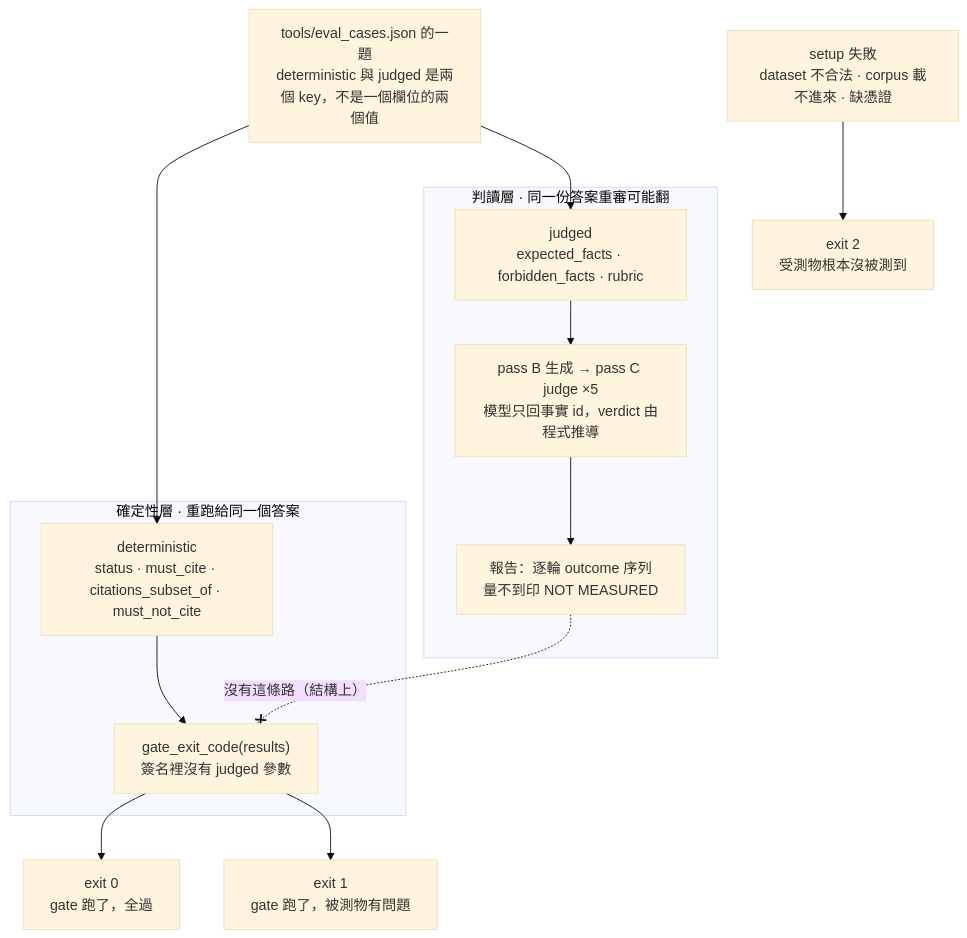
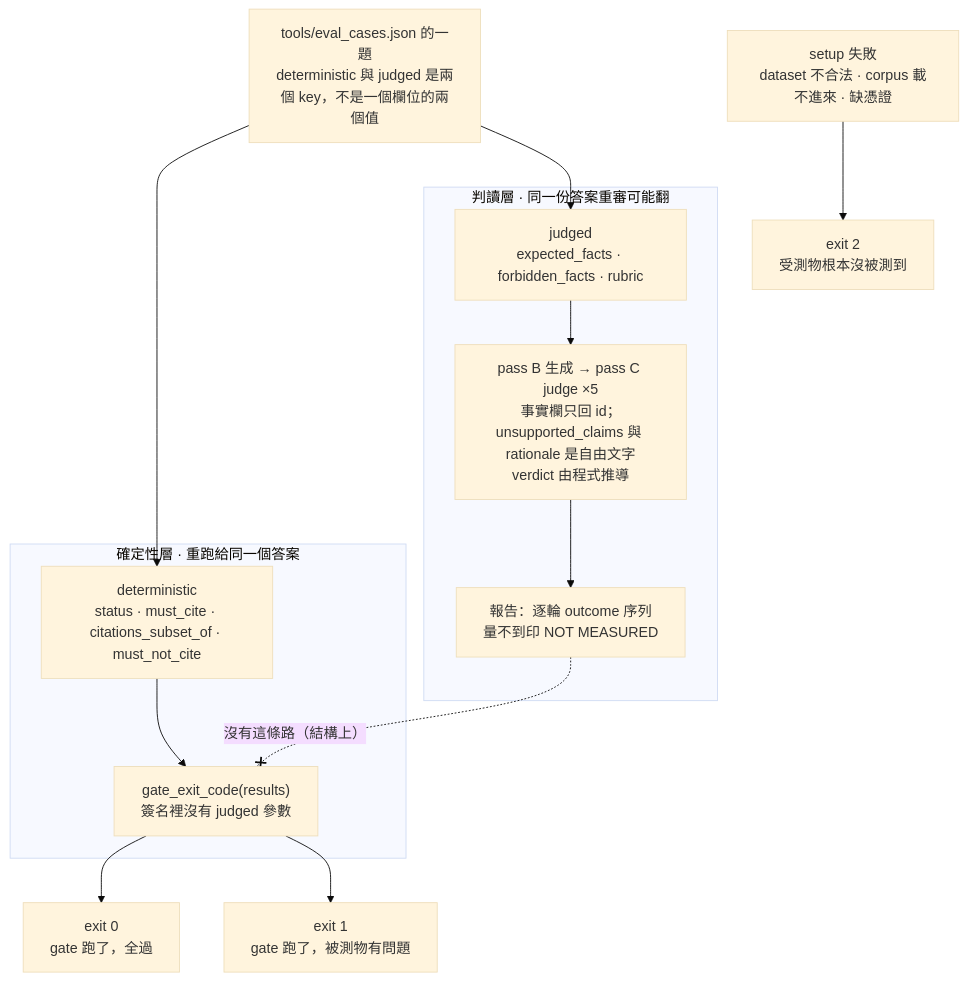
One commit to kehao-playground/azure-genai-backend-lab changed the diagram in docs/diagrams/eval-two-layers.zh-tw.mmd. Above: the diagram before and after it, drawn with Mermaid (base theme). The commit also changed 5 other files, not shown here.

Commit message:
docs: narrow judge-contract and evidence-chain claims per Day 28 article review R1-R4, R8

```diff
--- a/docs/diagrams/eval-two-layers.zh-tw.mmd
+++ b/docs/diagrams/eval-two-layers.zh-tw.mmd
@@ -1,32 +1,32 @@
 %% Publication source (zh-TW) for the Day 28 article figure.
 %% English semantic companion: eval-two-layers.md — keep the two in the same topology.
 %% The planning repo stores only the rendered PNG snapshot (proposal 005).
 flowchart TB
     case["tools/eval_cases.json 的一題<br/>deterministic 與 judged 是兩個 key，不是一個欄位的兩個值"]
 
     subgraph detside["確定性層 · 重跑給同一個答案"]
         det["deterministic<br/>status · must_cite · citations_subset_of · must_not_cite"]
         gate["gate_exit_code(results)<br/>簽名裡沒有 judged 參數"]
         det --> gate
     end
 
     subgraph judside["判讀層 · 同一份答案重審可能翻"]
         jud["judged<br/>expected_facts · forbidden_facts · rubric"]
-        judge["pass B 生成 → pass C judge ×5<br/>模型只回事實 id，verdict 由程式推導"]
+        judge["pass B 生成 → pass C judge ×5<br/>事實欄只回 id；unsupported_claims 與 rationale 是自由文字<br/>verdict 由程式推導"]
         report["報告：逐輪 outcome 序列<br/>量不到印 NOT MEASURED"]
         jud --> judge --> report
     end
 
     case --> det
     case --> jud
 
     ok["exit 0<br/>gate 跑了，全過"]
     bad["exit 1<br/>gate 跑了，被測物有問題"]
     gate --> ok
     gate --> bad
 
     setup["setup 失敗<br/>dataset 不合法 · corpus 載不進來 · 缺憑證"]
     two["exit 2<br/>受測物根本沒被測到"]
     setup --> two
 
     report -. "沒有這條路（結構上）" .-x gate
```
